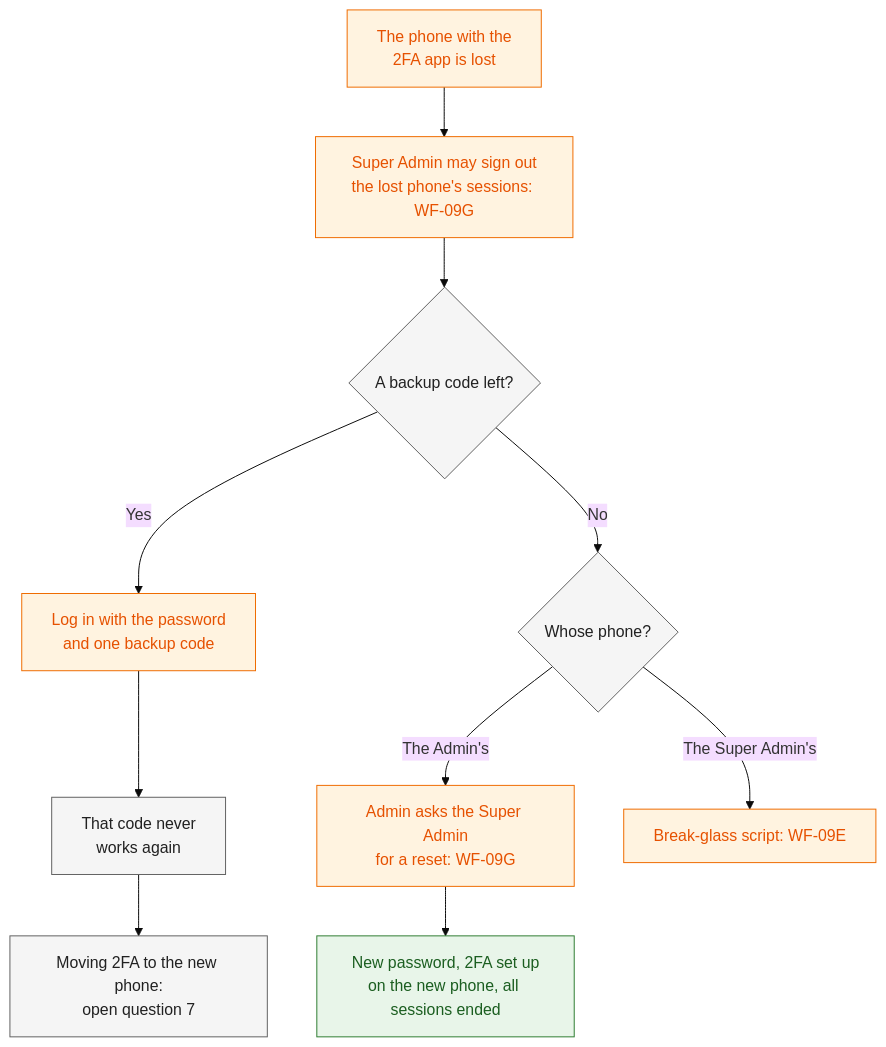
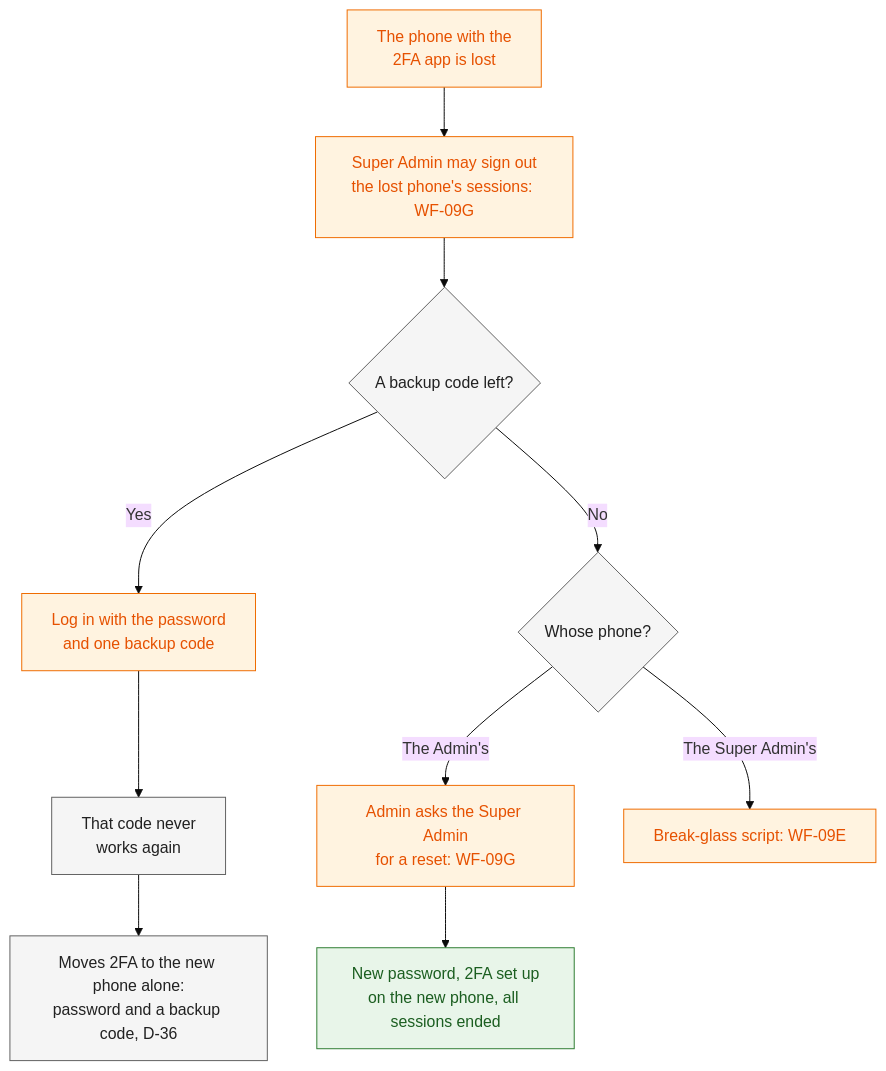
Before and after one commit to DevNarvs/kasoundbox-2026: diagram 20 of 34 in docs/03-workflows/administration.md, drawn with Mermaid (base theme). The commit also changed other lines of this file and 26 other files, not shown here.

````diff
--- a/docs/03-workflows/administration.md
+++ b/docs/03-workflows/administration.md
@@ -1499,22 +1501,22 @@
 ```mermaid
 flowchart TD
     A["The phone with the<br/>2FA app is lost"] --> SO["Super Admin may sign out<br/>the lost phone's sessions: WF-09G"]
     SO --> B{"A backup code left?"}
     B -->|"Yes"| C["Log in with the password<br/>and one backup code"]
     C --> C1["That code never<br/>works again"]
-    C1 --> C2["Moving 2FA to the new phone:<br/>open question 7"]
+    C1 --> C2["Moves 2FA to the new phone alone:<br/>password and a backup code, D-36"]
     B -->|"No"| W{"Whose phone?"}
     W -->|"The Admin's"| R["Admin asks the Super Admin<br/>for a reset: WF-09G"]
     R --> R1["New password, 2FA set up<br/>on the new phone, all sessions ended"]
     W -->|"The Super Admin's"| BG["Break-glass script: WF-09E"]
     classDef customer fill:#e3f2fd,stroke:#1565c0,color:#0d47a1
     classDef system fill:#f5f5f5,stroke:#616161,color:#212121
     classDef admin fill:#fff3e0,stroke:#ef6c00,color:#e65100
     classDef status fill:#e8f5e9,stroke:#2e7d32,color:#1b5e20
     classDef failure fill:#ffebee,stroke:#c62828,color:#b71c1c
     class A admin
     class SO,C,R,BG admin
     class B,W,C1 system
     class R1 status
     class C2 system
 ```
````
